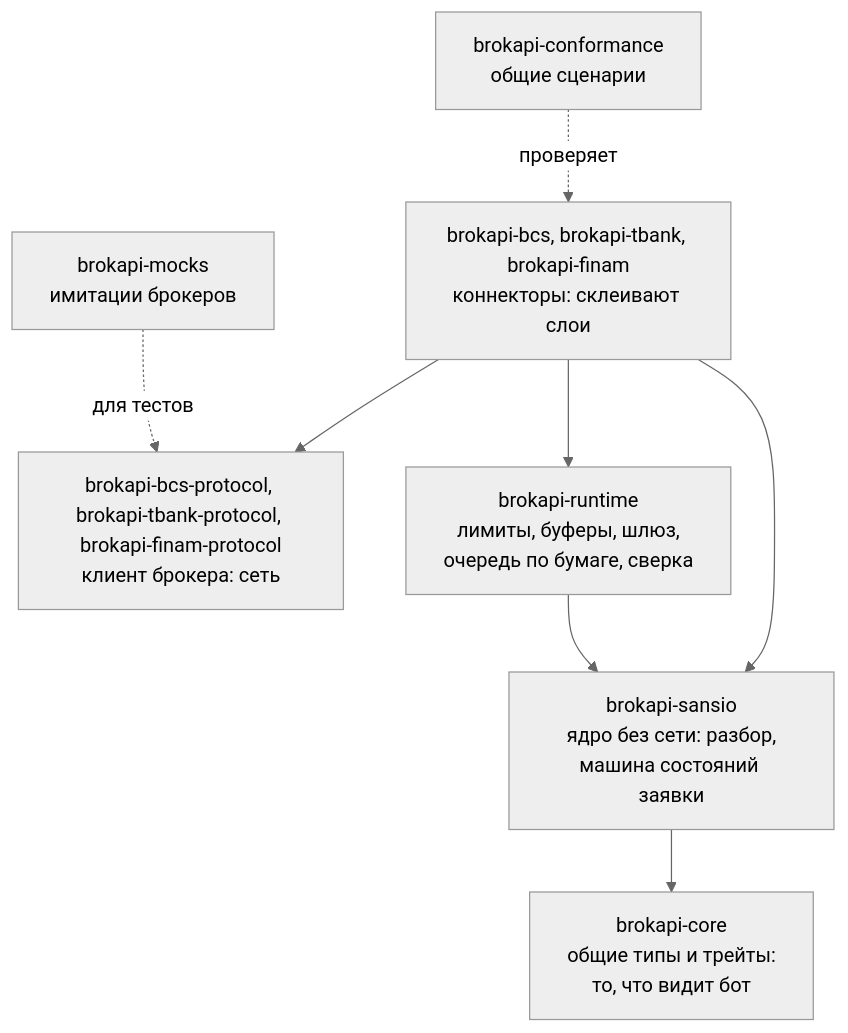
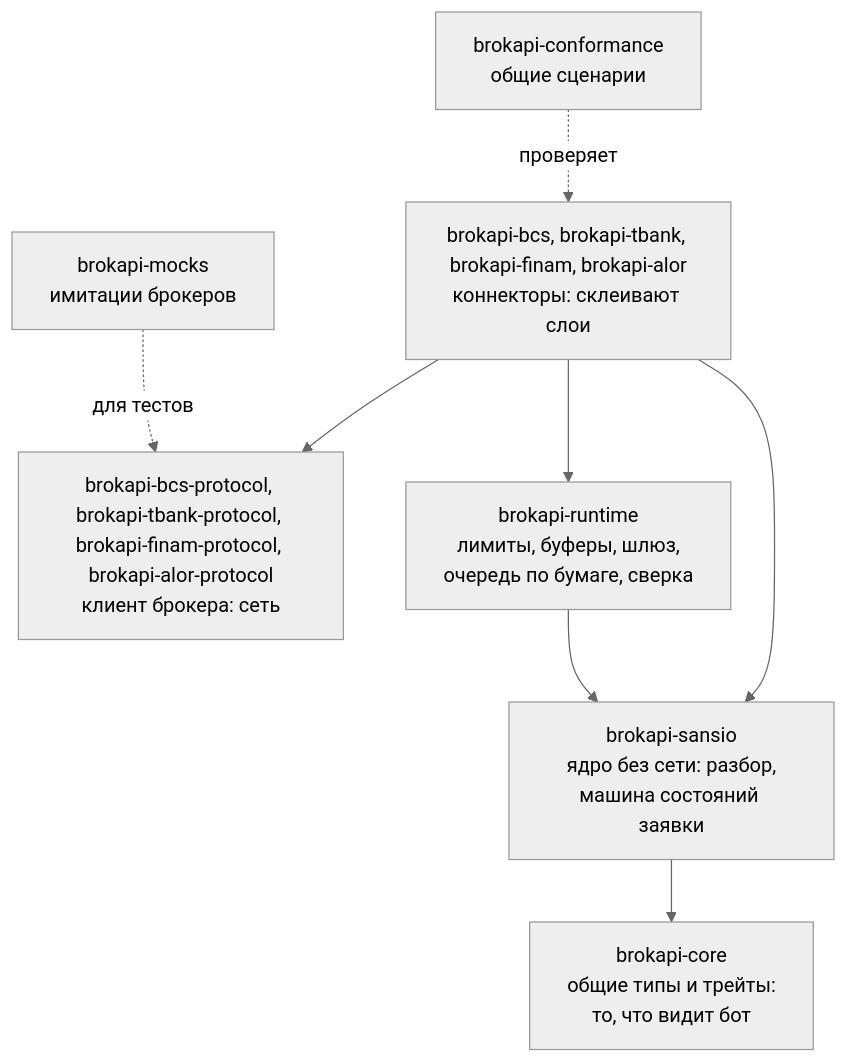
One commit to runinfra/brokapi changed the second of 5 diagrams in docs/src/architecture.md. Above: the diagram before and after it, drawn with Mermaid (neutral theme). The commit also changed other lines of this file and 46 other files, not shown here.

````diff
--- a/docs/src/architecture.md
+++ b/docs/src/architecture.md
@@ -66,12 +66,12 @@
 ```mermaid
 flowchart TB
-  CONN[brokapi-bcs, brokapi-tbank, brokapi-finam<br>коннекторы: склеивают слои]
-  PROTO[brokapi-bcs-protocol, brokapi-tbank-protocol, brokapi-finam-protocol<br>клиент брокера: сеть]
+  CONN[brokapi-bcs, brokapi-tbank, brokapi-finam, brokapi-alor<br>коннекторы: склеивают слои]
+  PROTO[brokapi-bcs-protocol, brokapi-tbank-protocol, brokapi-finam-protocol, brokapi-alor-protocol<br>клиент брокера: сеть]
   RT[brokapi-runtime<br>лимиты, буферы, шлюз,<br>очередь по бумаге, сверка]
   SANS[brokapi-sansio<br>ядро без сети: разбор,<br>машина состояний заявки]
   CORE[brokapi-core<br>общие типы и трейты:<br>то, что видит бот]
   CONN --> PROTO & RT & SANS
   RT --> SANS --> CORE
   MOCK[brokapi-mocks<br>имитации брокеров] -. для тестов .-> PROTO
   CONF[brokapi-conformance<br>общие сценарии] -. проверяет .-> CONN
 ```
````
